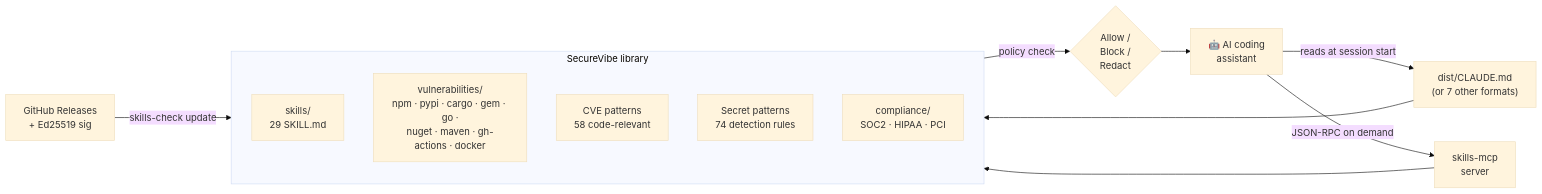
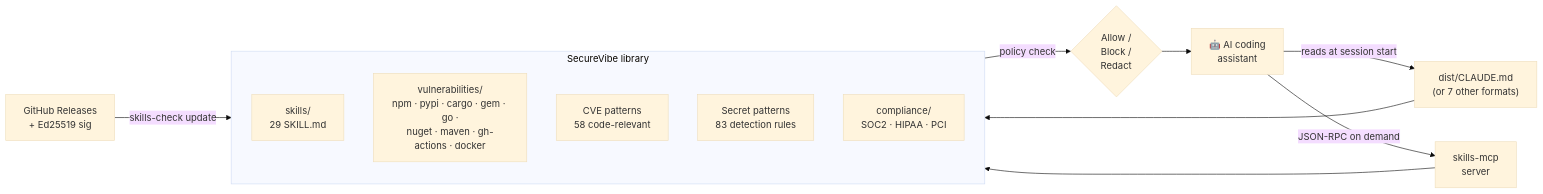
Before and after one commit to nguyencongnamit/skills-library: the diagram in docs/index.md, drawn with Mermaid (base theme). The commit also changed other lines of this file and 9 other files, not shown here.

````diff
--- a/docs/index.md
+++ b/docs/index.md
@@ -96,18 +97,18 @@
 ``` mermaid
 flowchart LR
     AI["🤖 AI coding<br/>assistant"] -->|reads at session start| DIST["dist/CLAUDE.md<br/>(or 7 other formats)"]
     AI -->|JSON-RPC on demand| MCP["skills-mcp<br/>server"]
     subgraph LIB [" SecureVibe library "]
         direction TB
         SK["skills/<br/>29 SKILL.md"]
         VU["vulnerabilities/<br/>npm · pypi · cargo · gem · go ·<br/>nuget · maven · gh-actions · docker"]
         CV["CVE patterns<br/>58 code-relevant"]
-        SECRETS["Secret patterns<br/>74 detection rules"]
+        SECRETS["Secret patterns<br/>83 detection rules"]
         CO["compliance/<br/>SOC2 · HIPAA · PCI"]
     end
     DIST --> LIB
     MCP --> LIB
     REL["GitHub Releases<br/>+ Ed25519 sig"] -->|skills-check update| LIB
     LIB -->|policy check| DEC{"Allow /<br/>Block /<br/>Redact"}
     DEC --> AI
 ```
````
